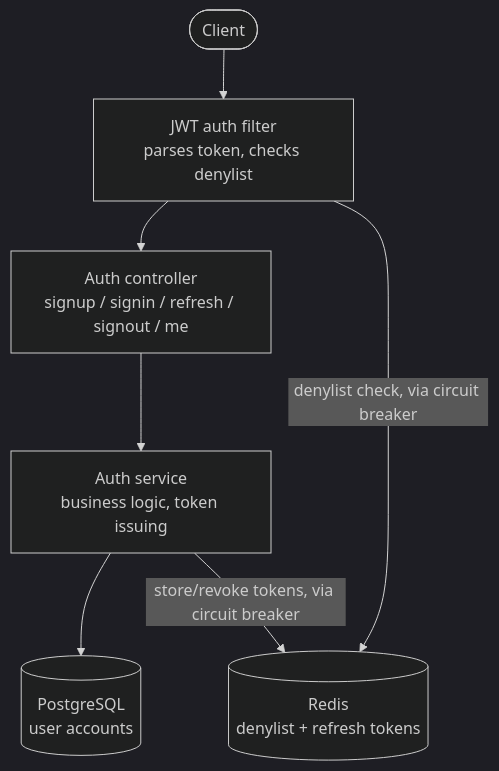
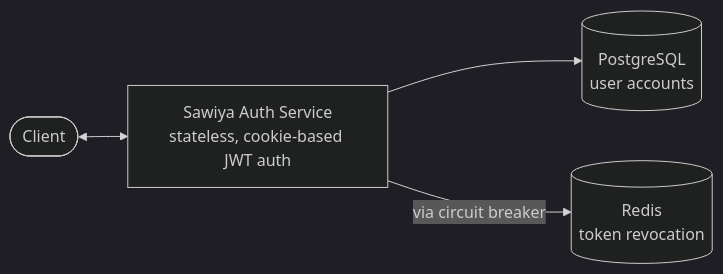
The diagram in README.md (nethunirajapakse/sawiya-auth-service), drawn with Mermaid (dark theme) before and after one commit.

Commit message:
Revise flowchart in README for auth service
Updated flowchart to reflect changes in the authentication process and service architecture.

````diff
--- a/README.md
+++ b/README.md
@@ -22,14 +22,11 @@
 ```mermaid
-flowchart TD
+flowchart LR
     Client(["Client"])
-    Filter["JWT auth filter<br/>parses token, checks denylist"]
-    Controller["Auth controller<br/>signup / signin / refresh / signout / me"]
-    Service["Auth service<br/>business logic, token issuing"]
+    Auth["Sawiya Auth Service<br/>stateless, cookie-based JWT auth"]
     Postgres[("PostgreSQL<br/>user accounts")]
-    Redis[("Redis<br/>denylist + refresh tokens")]
+    Redis[("Redis<br/>token revocation")]
 
-    Client --> Filter --> Controller --> Service
-    Service --> Postgres
-    Filter -- "denylist check, via circuit breaker" --> Redis
-    Service -- "store/revoke tokens, via circuit breaker" --> Redis
+    Client <--> Auth
+    Auth --> Postgres
+    Auth -- "via circuit breaker" --> Redis
 ```
````
